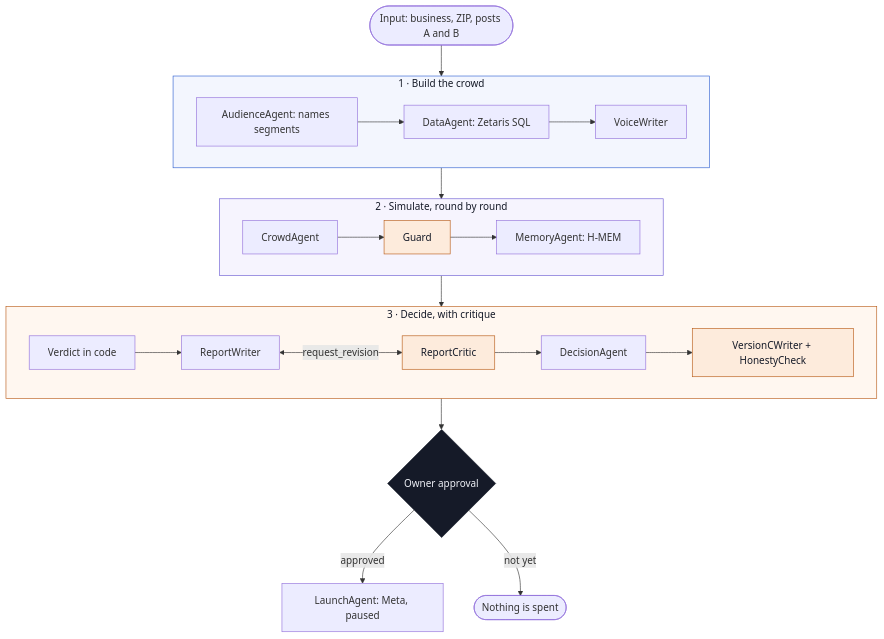
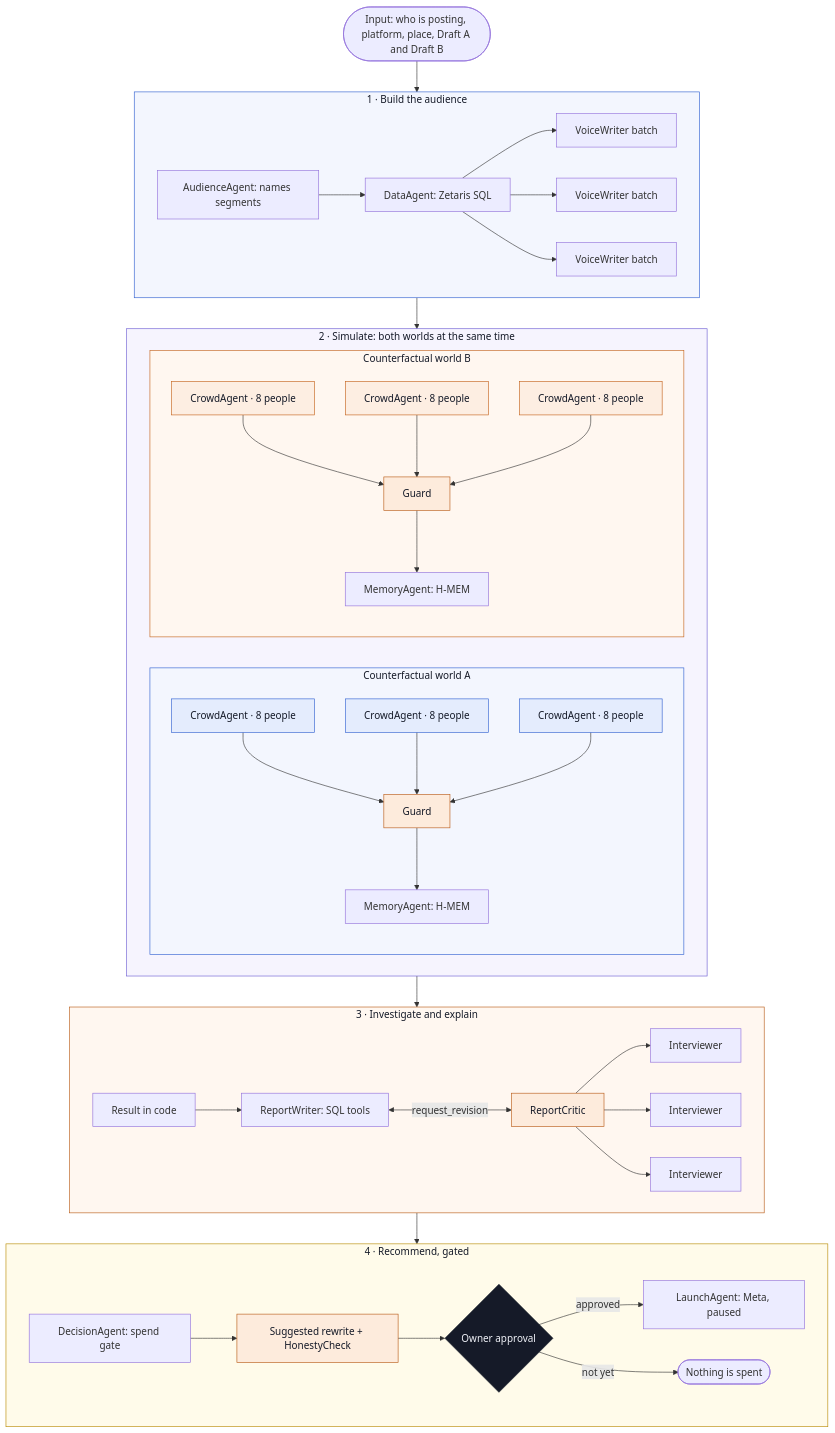
The second of 2 diagrams in README.md (pranayjoshi/GenAI-works-hackathon), drawn with Mermaid before and after one commit. The commit also changed other lines of this file and 8 other files, not shown here.

````diff
--- a/README.md
+++ b/README.md
@@ -224,29 +268,47 @@
 ```mermaid
 flowchart TB
-  IN(["Input: business, ZIP, posts A and B"]) --> BUILD
-  subgraph BUILD["1 · Build the crowd"]
+  IN(["Input: who is posting, platform, place, Draft A and Draft B"]) --> BUILD
+  subgraph BUILD["1 · Build the audience"]
     direction LR
-    AUD["AudienceAgent: names segments"] --> DATA["DataAgent: Zetaris SQL"] --> VOI["VoiceWriter"]
+    AUD["AudienceAgent: names segments"] --> DATA["DataAgent: Zetaris SQL"] --> VOI1["VoiceWriter batch"] & VOI2["VoiceWriter batch"] & VOI3["VoiceWriter batch"]
   end
   BUILD --> SIM
-  subgraph SIM["2 · Simulate, round by round"]
+  subgraph SIM["2 · Simulate: both worlds at the same time"]
     direction LR
-    CA["CrowdAgent"] --> G["Guard"] --> MA["MemoryAgent: H-MEM"]
+    subgraph WA["Counterfactual world A"]
+      direction TB
+      CA1["CrowdAgent · 8 people"] & CA2["CrowdAgent · 8 people"] & CA3["CrowdAgent · 8 people"] --> G["Guard"] --> MA["MemoryAgent: H-MEM"]
+    end
+    subgraph WB["Counterfactual world B"]
+      direction TB
+      CB1["CrowdAgent · 8 people"] & CB2["CrowdAgent · 8 people"] & CB3["CrowdAgent · 8 people"] --> GB["Guard"] --> MB["MemoryAgent: H-MEM"]
+    end
   end
   SIM --> DECIDE
-  subgraph DECIDE["3 · Decide, with critique"]
+  subgraph DECIDE["3 · Investigate and explain"]
     direction LR
-    V["Verdict in code"] --> RW["ReportWriter"] <-->|"request_revision"| RC["ReportCritic"] --> DEC["DecisionAgent"] --> VC["VersionCWriter + HonestyCheck"]
+    V["Result in code"] --> RW["ReportWriter: SQL tools"] <-->|"request_revision"| RC["ReportCritic"] --> IV1["Interviewer"] & IV2["Interviewer"] & IV3["Interviewer"]
   end
-  DECIDE --> OWN{"Owner approval"}
-  OWN -->|"approved"| LA["LaunchAgent: Meta, paused"]
-  OWN -->|"not yet"| STOP(["Nothing is spent"])
+  DECIDE --> GATE
+  subgraph GATE["4 · Recommend, gated"]
+    direction LR
+    DEC["DecisionAgent: spend gate"] --> VC["Suggested rewrite + HonestyCheck"] --> OWN{"Owner approval"}
+    OWN -->|"approved"| LA["LaunchAgent: Meta, paused"]
+    OWN -->|"not yet"| STOP(["Nothing is spent"])
+  end
 
   classDef crit fill:#FDEBDC,stroke:#B85A16,color:#151A28
   classDef gate fill:#151A28,stroke:#151A28,color:#EEF0F6
-  class RC,VC,G crit
+  classDef wa fill:#E4ECFD,stroke:#2F5FD0,color:#151A28
+  classDef wb fill:#FDEEE2,stroke:#C4621A,color:#151A28
+  class RC,VC,G,GB crit
   class OWN gate
+  class CA1,CA2,CA3 wa
+  class CB1,CB2,CB3 wb
   style BUILD fill:#F3F6FE,stroke:#2F5FD0,color:#151A28
   style SIM fill:#F6F4FE,stroke:#6B5BD2,color:#151A28
+  style WA fill:#F3F6FE,stroke:#2F5FD0,color:#151A28
+  style WB fill:#FFF7F0,stroke:#C4621A,color:#151A28
   style DECIDE fill:#FFF7F0,stroke:#B85A16,color:#151A28
+  style GATE fill:#FFFBEA,stroke:#B88A00,color:#151A28
 ```
````
